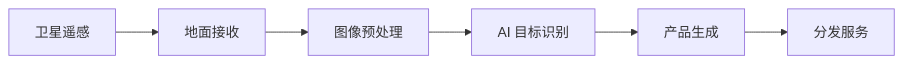
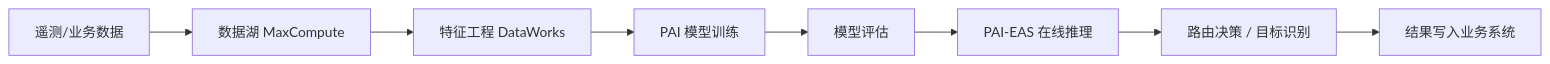
The fourth of 4 diagrams in topic-application-architecture/46-satellite-internet.md (kudig-io/kudig-database), drawn with Mermaid before and after one commit. The commit also changed other lines of this file and 8633 other files, not shown here.

````diff
--- a/topic-application-architecture/46-satellite-internet.md
+++ b/topic-application-architecture/46-satellite-internet.md
@@ -161,8 +512,10 @@
 ```mermaid
 flowchart LR
-    A[卫星遥感] --> B[地面接收]
-    B --> C[图像预处理]
-    C --> D[AI 目标识别]
-    D --> E[产品生成]
-    E --> F[分发服务]
+    A[遥测/业务数据] --> B[数据湖 MaxCompute]
+    B --> C[特征工程 DataWorks]
+    C --> D[PAI 模型训练]
+    D --> E[模型评估]
+    E --> F[PAI-EAS 在线推理]
+    F --> G[路由决策 / 目标识别]
+    G --> H[结果写入业务系统]
 ```
````
